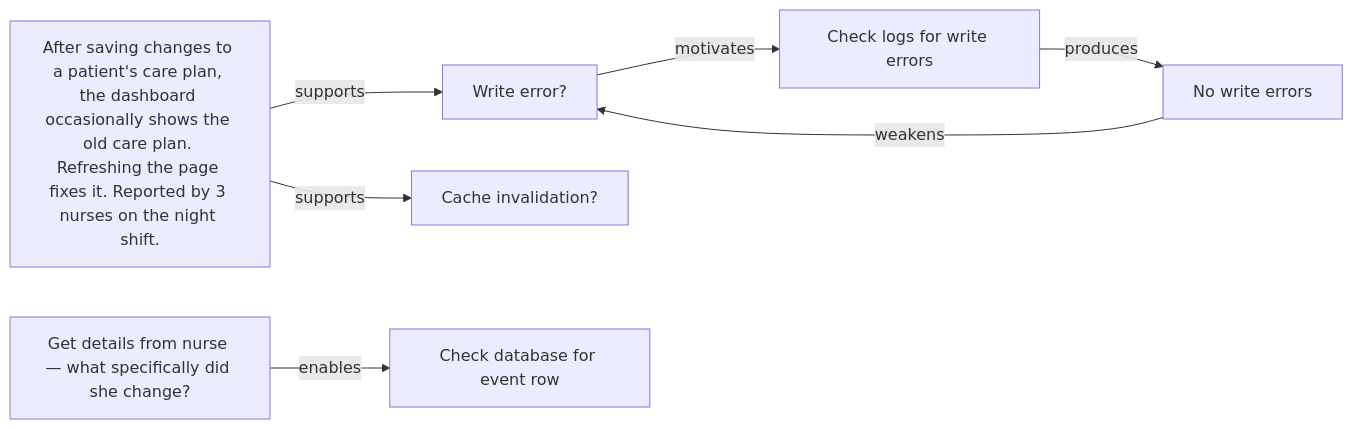
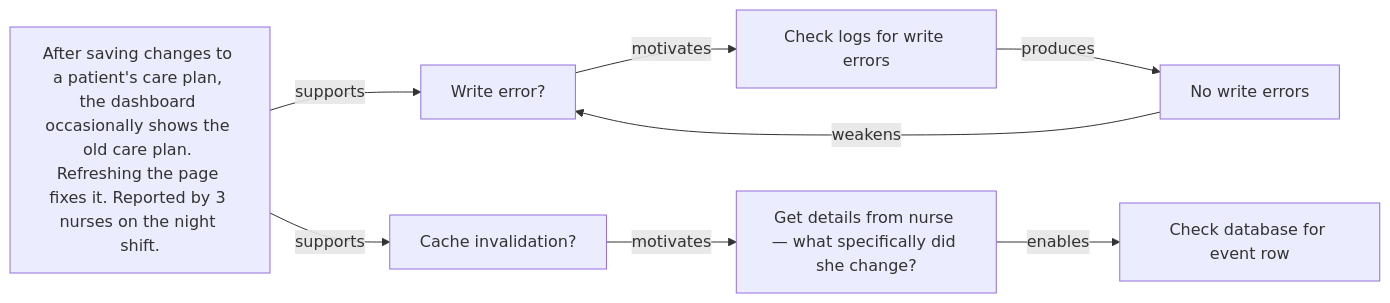
One commit to kahunacohen/why changed the diagram in diagrams/bug.mmd. Above: the diagram before and after it, drawn with Mermaid.

```diff
--- a/diagrams/bug.mmd
+++ b/diagrams/bug.mmd
@@ -1,23 +1,25 @@
 %% Bug report: After saving changes to a patient's care plan, the dashboard occasionally shows the old care plan. Refreshing the page fixes it. Reported by 3 nurses on the night shift.
 %% Root cause: The care plan save endpoint updates a care_plan_notes table but doesn't touch the main care_plans record. The cache invalidation job checks care_plans.updated_at to decide what to evict. Since that timestamp never changes, the job skips it, and the cache keeps
 %% serving the old care plan.
 
 flowchart LR
 
 B1["After saving changes to a patient's care plan, the dashboard occasionally shows the old care plan. Refreshing the page fixes it. Reported by 3 nurses on the night shift."]
 H1["Write error?"]
 H2["Cache invalidation?"]
 
 B1 --> |supports| H1
 B1 --> |supports| H2
 
 A1["Check logs for write errors"]
 H1 --> |motivates| A1
 
 O1["No write errors"]
 A1 --> |produces| O1
 O1 --> |weakens| H1
 
+H2--> |motivates| A2
+
 A2["Get details from nurse — what specifically did she change?"]
 A3["Check database for event row"]
 A2 --> |enables| A3 
```
